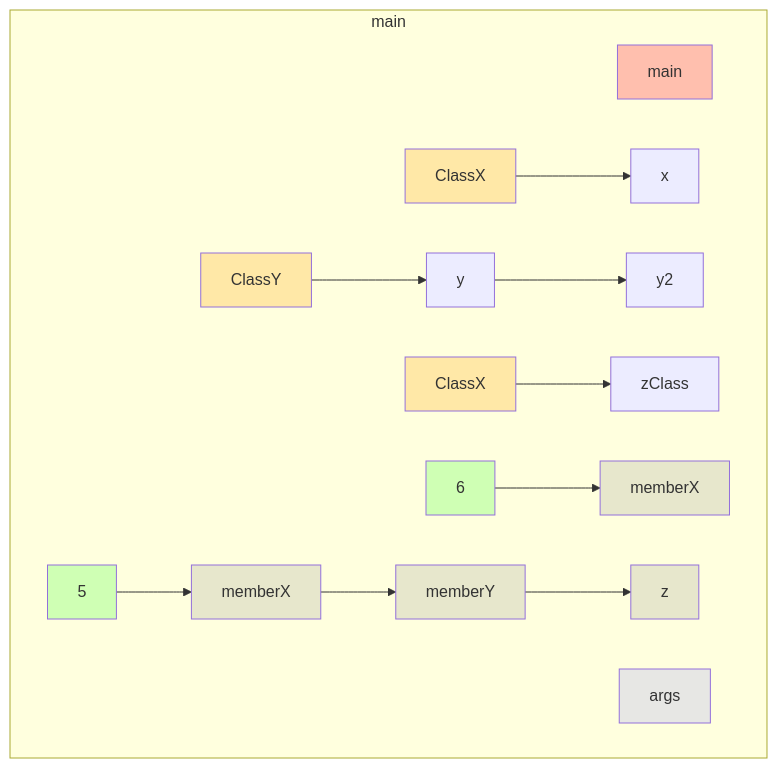
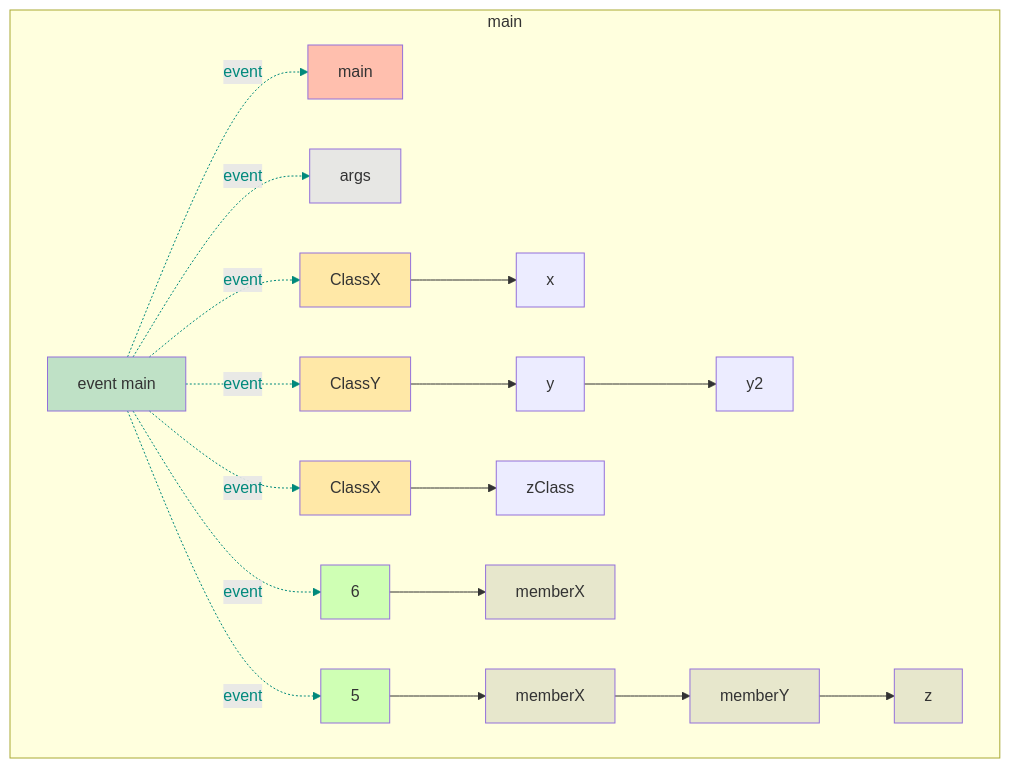
The diagram in app/src/test/resources/files/snapshot.md (gstiebler/codeflow), drawn with Mermaid before and after one commit. The commit also changed 77 other files, not shown here.

````diff
--- a/app/src/test/resources/files/snapshot.md
+++ b/app/src/test/resources/files/snapshot.md
@@ -1,35 +1,51 @@
 ```mermaid
 flowchart TD
   subgraph b0["main"]
-    n1[main]:::RETURN
-    n2[args]:::FUNC_PARAM
-    n3[ClassX]:::EXTERNAL
-    n4[x]:::OBJ_VARIABLE
-    n5[ClassY]:::EXTERNAL
-    n6[y]:::OBJ_VARIABLE
-    n7[ClassX]:::EXTERNAL
-    n8[zClass]:::OBJ_VARIABLE
-    n9[6]:::LITERAL
-    n10[memberX]:::VARIABLE
-    n11[5]:::LITERAL
-    n12[memberX]:::VARIABLE
-    n13[memberY]:::VARIABLE
-    n14[y2]:::OBJ_VARIABLE
-    n15[z]:::VARIABLE
-    n3[ClassX]:::EXTERNAL --> n4[x]:::OBJ_VARIABLE
-    n5[ClassY]:::EXTERNAL --> n6[y]:::OBJ_VARIABLE
-    n6[y]:::OBJ_VARIABLE --> n14[y2]:::OBJ_VARIABLE
-    n7[ClassX]:::EXTERNAL --> n8[zClass]:::OBJ_VARIABLE
-    n9[6]:::LITERAL --> n10[memberX]:::VARIABLE
-    n11[5]:::LITERAL --> n12[memberX]:::VARIABLE
-    n12[memberX]:::VARIABLE --> n13[memberY]:::VARIABLE
-    n13[memberY]:::VARIABLE --> n15[z]:::VARIABLE
+    n1[event main]:::EVENT
+    n2[main]:::RETURN
+    n3[args]:::FUNC_PARAM
+    n4[ClassX]:::EXTERNAL
+    n5[x]:::OBJ_VARIABLE
+    n6[ClassY]:::EXTERNAL
+    n7[y]:::OBJ_VARIABLE
+    n8[ClassX]:::EXTERNAL
+    n9[zClass]:::OBJ_VARIABLE
+    n10[6]:::LITERAL
+    n11[memberX]:::VARIABLE
+    n12[5]:::LITERAL
+    n13[memberX]:::VARIABLE
+    n14[memberY]:::VARIABLE
+    n15[y2]:::OBJ_VARIABLE
+    n16[z]:::VARIABLE
+    n1[event main]:::EVENT -. event .-> n2[main]:::RETURN
+    n1[event main]:::EVENT -. event .-> n3[args]:::FUNC_PARAM
+    n1[event main]:::EVENT -. event .-> n4[ClassX]:::EXTERNAL
+    n1[event main]:::EVENT -. event .-> n6[ClassY]:::EXTERNAL
+    n1[event main]:::EVENT -. event .-> n8[ClassX]:::EXTERNAL
+    n1[event main]:::EVENT -. event .-> n10[6]:::LITERAL
+    n1[event main]:::EVENT -. event .-> n12[5]:::LITERAL
+    n4[ClassX]:::EXTERNAL --> n5[x]:::OBJ_VARIABLE
+    n6[ClassY]:::EXTERNAL --> n7[y]:::OBJ_VARIABLE
+    n7[y]:::OBJ_VARIABLE --> n15[y2]:::OBJ_VARIABLE
+    n8[ClassX]:::EXTERNAL --> n9[zClass]:::OBJ_VARIABLE
+    n10[6]:::LITERAL --> n11[memberX]:::VARIABLE
+    n12[5]:::LITERAL --> n13[memberX]:::VARIABLE
+    n13[memberX]:::VARIABLE --> n14[memberY]:::VARIABLE
+    n14[memberY]:::VARIABLE --> n16[z]:::VARIABLE
   end
+  linkStyle 0 stroke:#00897b,color:#00897b
+  linkStyle 1 stroke:#00897b,color:#00897b
+  linkStyle 2 stroke:#00897b,color:#00897b
+  linkStyle 3 stroke:#00897b,color:#00897b
+  linkStyle 4 stroke:#00897b,color:#00897b
+  linkStyle 5 stroke:#00897b,color:#00897b
+  linkStyle 6 stroke:#00897b,color:#00897b
   classDef LITERAL fill:#00FF0030
   classDef VARIABLE fill:#80808030
   classDef BIN_OP fill:#80808080
   classDef FUNC_PARAM fill:#8080FF30
   classDef RETURN fill:#FF808080
   classDef EXTERNAL fill:#FFA50040
   classDef UNMODELLED fill:#FF000030,stroke-dasharray: 4 2
+  classDef EVENT fill:#00897B40
 ```
````
